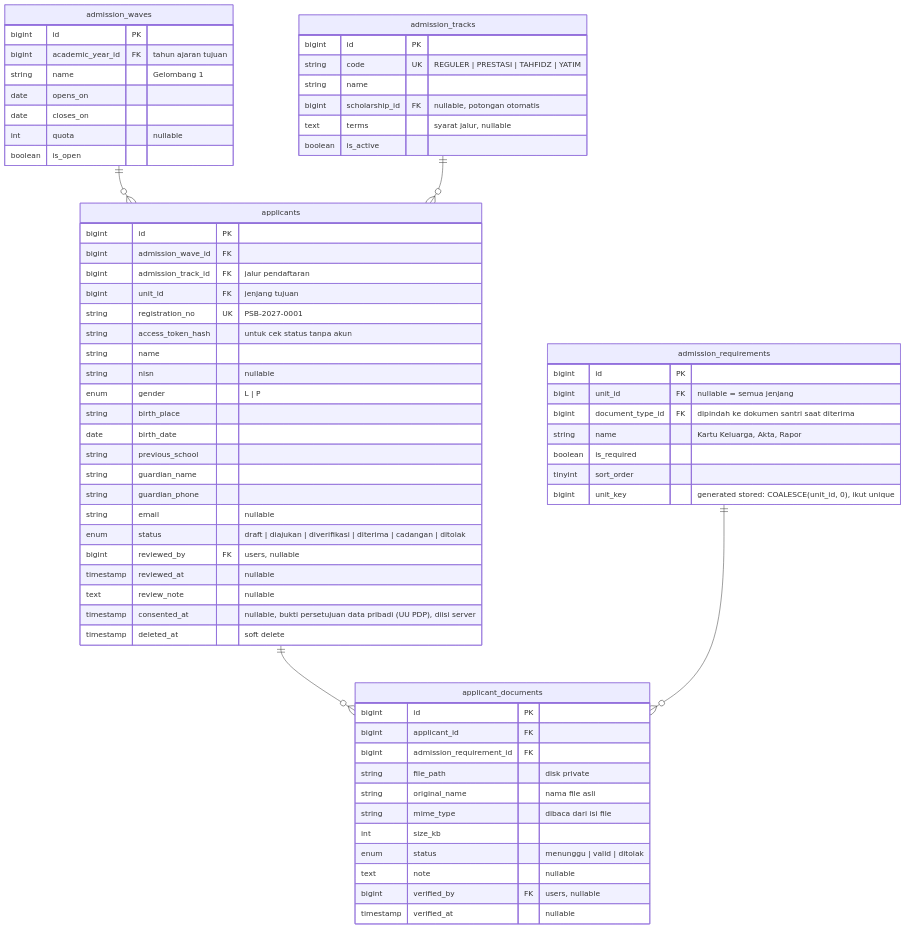
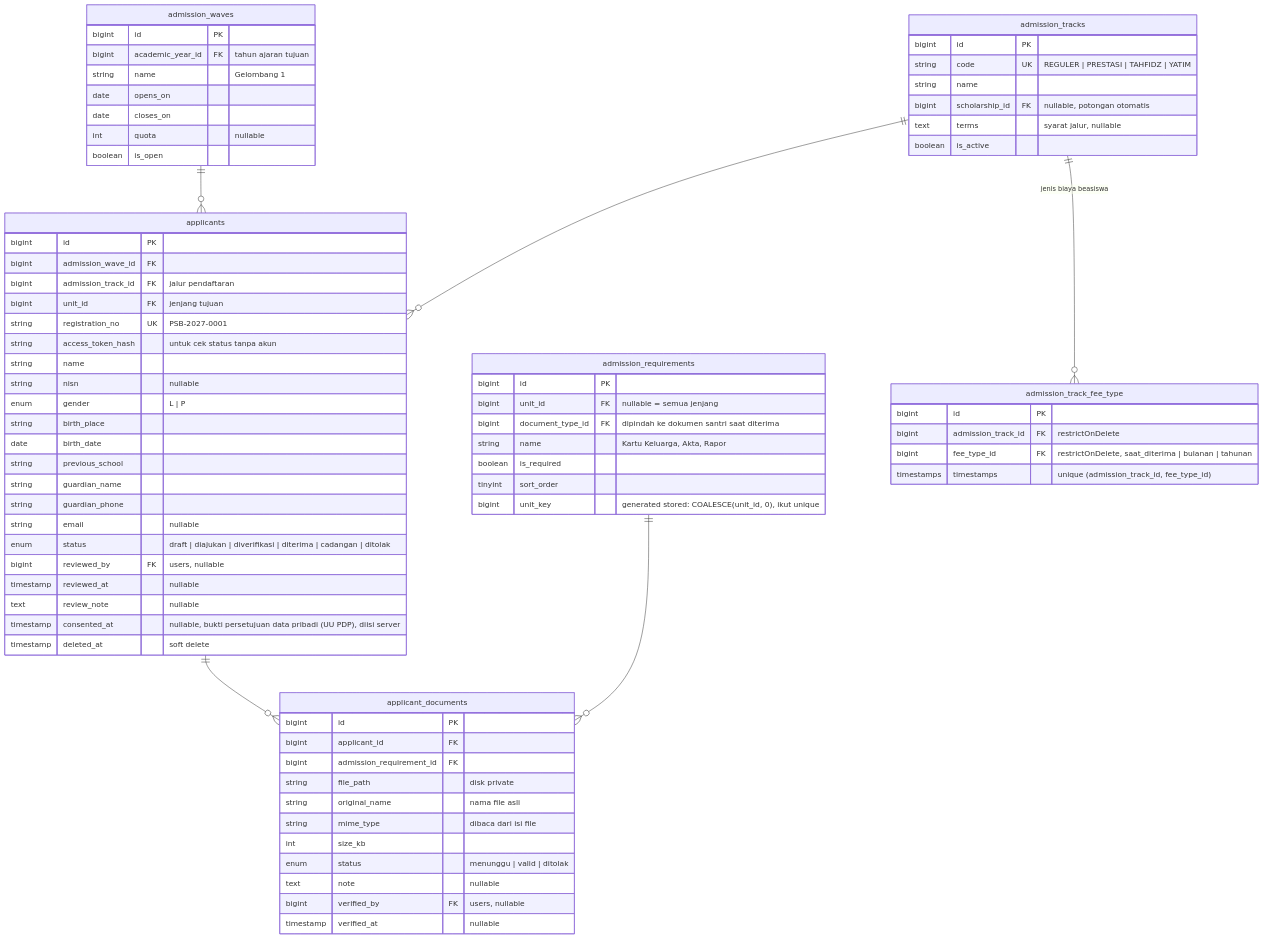
Before and after one commit to dankedev/pondok: the eighth of 11 diagrams in docs/erd.md, drawn with Mermaid. The commit also changed other lines of this file and 2 other files, not shown here.

Commit message:
docs(psb): rencana F011 seleksi dan penerimaan

````diff
--- a/docs/erd.md
+++ b/docs/erd.md
@@ -481,70 +481,77 @@
 ```mermaid
 erDiagram
   admission_waves {
     bigint id PK
     bigint academic_year_id FK "tahun ajaran tujuan"
     string name "Gelombang 1"
     date opens_on
     date closes_on
     int quota "nullable"
     boolean is_open
   }
   admission_tracks {
     bigint id PK
     string code UK "REGULER | PRESTASI | TAHFIDZ | YATIM"
     string name
     bigint scholarship_id FK "nullable, potongan otomatis"
     text terms "syarat jalur, nullable"
     boolean is_active
+  }
+  admission_track_fee_type {
+    bigint id PK
+    bigint admission_track_id FK "restrictOnDelete"
+    bigint fee_type_id FK "restrictOnDelete, saat_diterima | bulanan | tahunan"
+    timestamps timestamps "unique (admission_track_id, fee_type_id)"
   }
   admission_requirements {
     bigint id PK
     bigint unit_id FK "nullable = semua jenjang"
     bigint document_type_id FK "dipindah ke dokumen santri saat diterima"
     string name "Kartu Keluarga, Akta, Rapor"
     boolean is_required
     tinyint sort_order
     bigint unit_key "generated stored: COALESCE(unit_id, 0), ikut unique"
   }
   applicants {
     bigint id PK
     bigint admission_wave_id FK
     bigint admission_track_id FK "jalur pendaftaran"
     bigint unit_id FK "jenjang tujuan"
     string registration_no UK "PSB-2027-0001"
     string access_token_hash "untuk cek status tanpa akun"
     string name
     string nisn "nullable"
     enum gender "L | P"
     string birth_place
     date birth_date
     string previous_school
     string guardian_name
     string guardian_phone
     string email "nullable"
     enum status "draft | diajukan | diverifikasi | diterima | cadangan | ditolak"
     bigint reviewed_by FK "users, nullable"
     timestamp reviewed_at "nullable"
     text review_note "nullable"
     timestamp consented_at "nullable, bukti persetujuan data pribadi (UU PDP), diisi server"
     timestamp deleted_at "soft delete"
   }
   applicant_documents {
     bigint id PK
     bigint applicant_id FK
     bigint admission_requirement_id FK
     string file_path "disk private"
     string original_name "nama file asli"
     string mime_type "dibaca dari isi file"
     int size_kb
     enum status "menunggu | valid | ditolak"
     text note "nullable"
     bigint verified_by FK "users, nullable"
     timestamp verified_at "nullable"
   }
   admission_waves ||--o{ applicants : ""
   admission_tracks ||--o{ applicants : ""
+  admission_tracks ||--o{ admission_track_fee_type : "jenis biaya beasiswa"
   applicants ||--o{ applicant_documents : ""
   admission_requirements ||--o{ applicant_documents : ""
   
 ```
````
